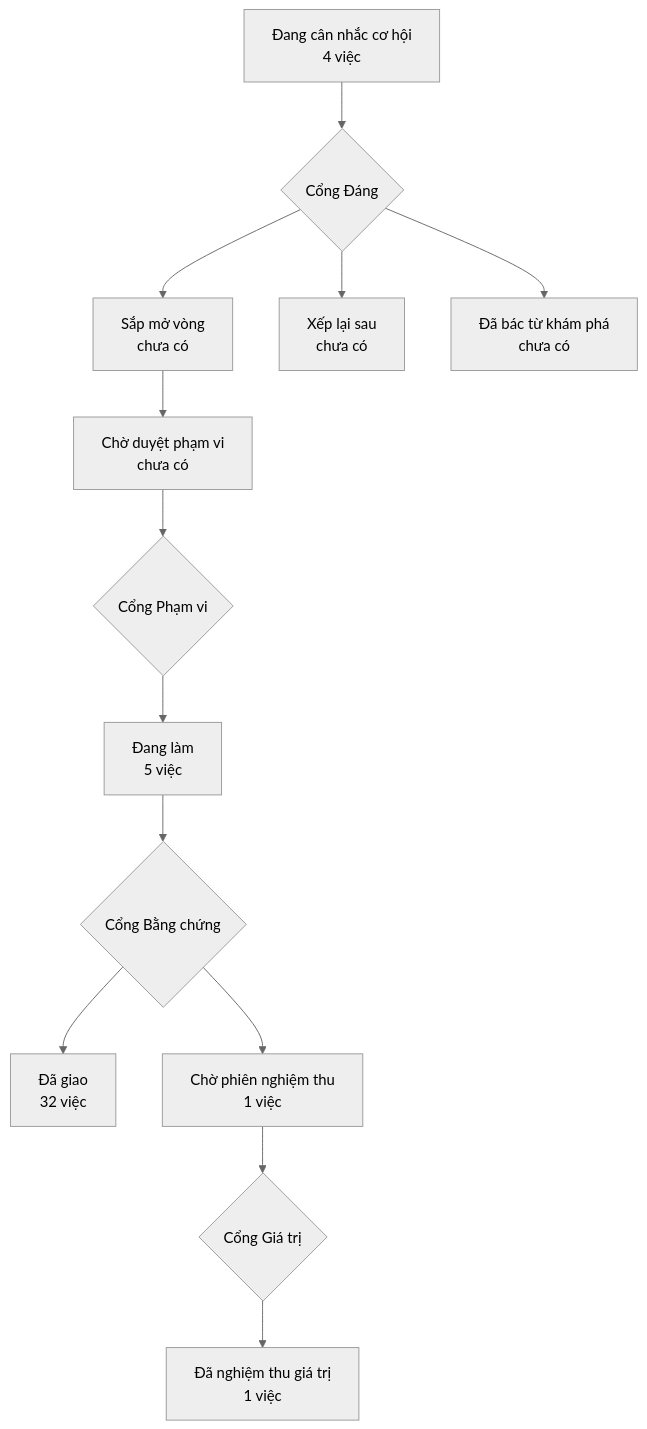
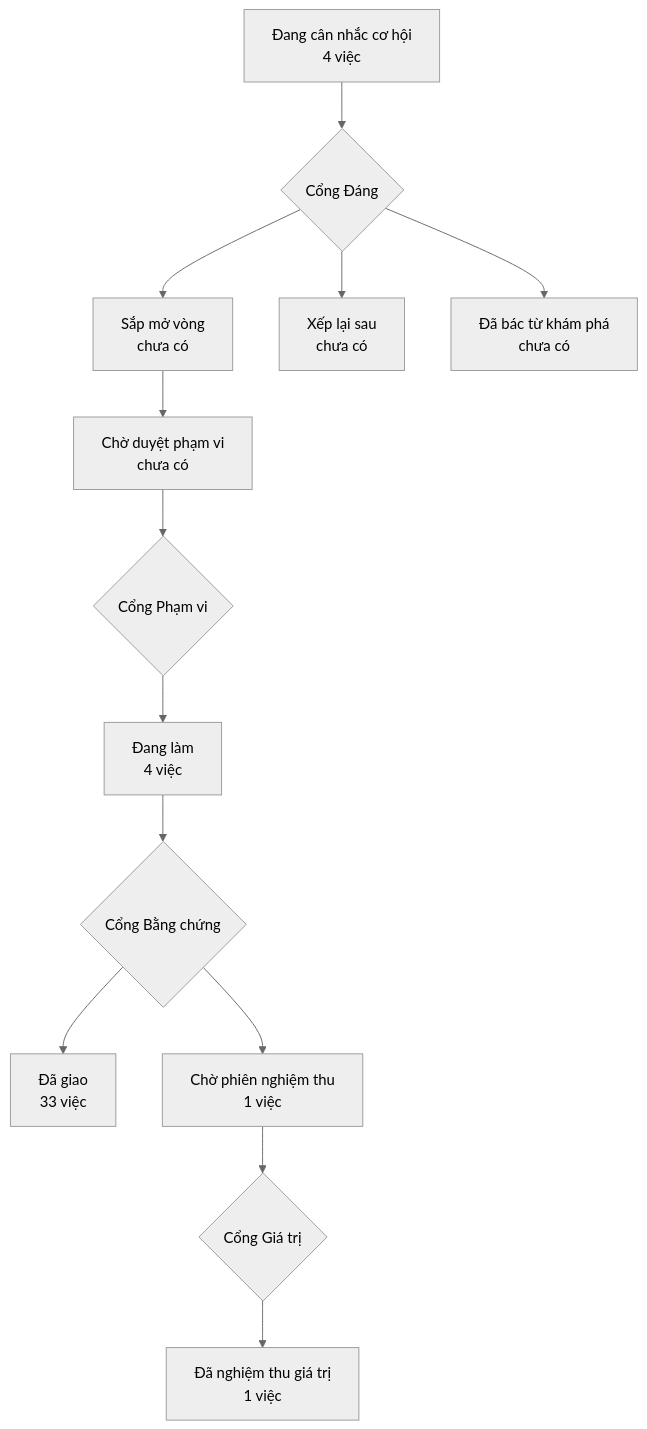
The diagram in PRODUCT-MAP.md (phanlemanh/crm-onehub), drawn with Mermaid (neutral theme) before and after one commit. The commit also changed 3 other files, not shown here.

````diff
--- a/PRODUCT-MAP.md
+++ b/PRODUCT-MAP.md
@@ -6,12 +6,12 @@
 ```mermaid
 flowchart TD
   A["Đang cân nhắc cơ hội<br/>4 việc"] --> GD{"Cổng Đáng"}
   GD --> B["Sắp mở vòng<br/>chưa có"]
   GD --> XL["Xếp lại sau<br/>chưa có"]
   GD --> DB["Đã bác từ khám phá<br/>chưa có"]
   B --> CD["Chờ duyệt phạm vi<br/>chưa có"] --> GP{"Cổng Phạm vi"}
-  GP --> DL["Đang làm<br/>5 việc"] --> GB{"Cổng Bằng chứng"}
-  GB --> DG["Đã giao<br/>32 việc"]
+  GP --> DL["Đang làm<br/>4 việc"] --> GB{"Cổng Bằng chứng"}
+  GB --> DG["Đã giao<br/>33 việc"]
   GB --> CN["Chờ phiên nghiệm thu<br/>1 việc"] --> GG{"Cổng Giá trị"}
   GG --> NT["Đã nghiệm thu giá trị<br/>1 việc"]
 ```
````
